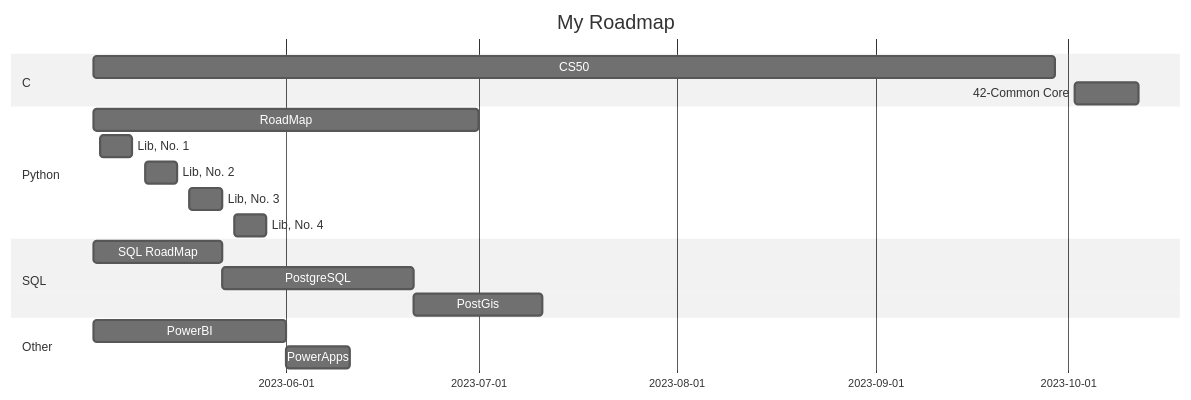
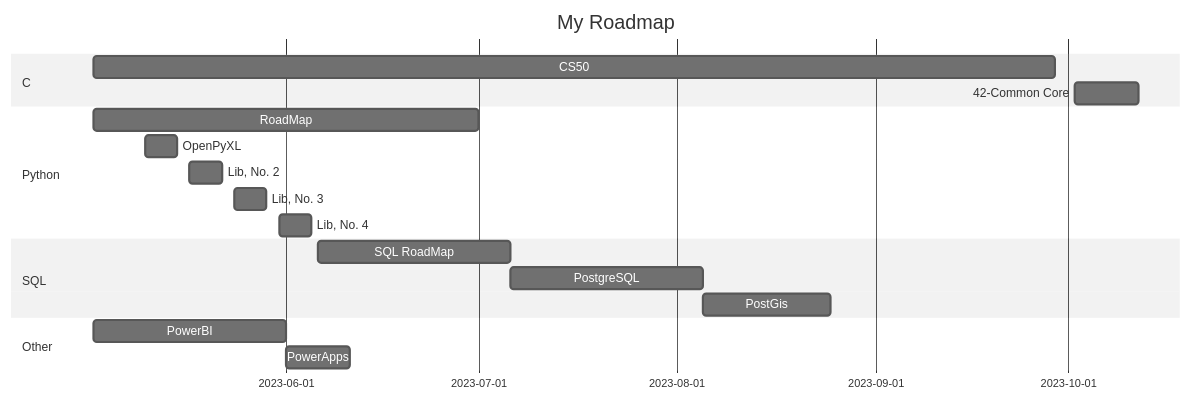
One commit to see7e/programming-studies changed the diagram in table_list.md. Above: the diagram before and after it, drawn with Mermaid (neutral theme). The commit also changed other lines of this file and 7 other files, not shown here.

````diff
--- a/table_list.md
+++ b/table_list.md
@@ -42,24 +42,24 @@
 ```mermaid
 gantt
 	title My Roadmap
     dateFormat  DD-MM-YYYY
     section C
     CS50                :a1, 02-05-2023, 150d
     42-Common Core      :a2, 02-10-2023, 10d
 
     section Python
     RoadMap             :02-05-2023, 60d
-    Lib, No. 1          :03-05-2023, 5d
-    Lib, No. 2          :10-05-2023, 5d
-    Lib, No. 3          :17-05-2023, 5d
-    Lib, No. 4          :24-05-2023, 5d
+    OpenPyXL            :10-05-2023, 5d
+    Lib, No. 2          :17-05-2023, 5d
+    Lib, No. 3          :24-05-2023, 5d
+    Lib, No. 4          :31-05-2023, 5d
 
     section SQL
-    SQL RoadMap         :02-05-2023, 20d
+    SQL RoadMap         :06-06-2023, 30d
     PostgreSQL          :30d
     PostGis             :20d
 
     section Other
     PowerBI             :02-05-2023, 30d
     PowerApps           :10d
 ```
````
